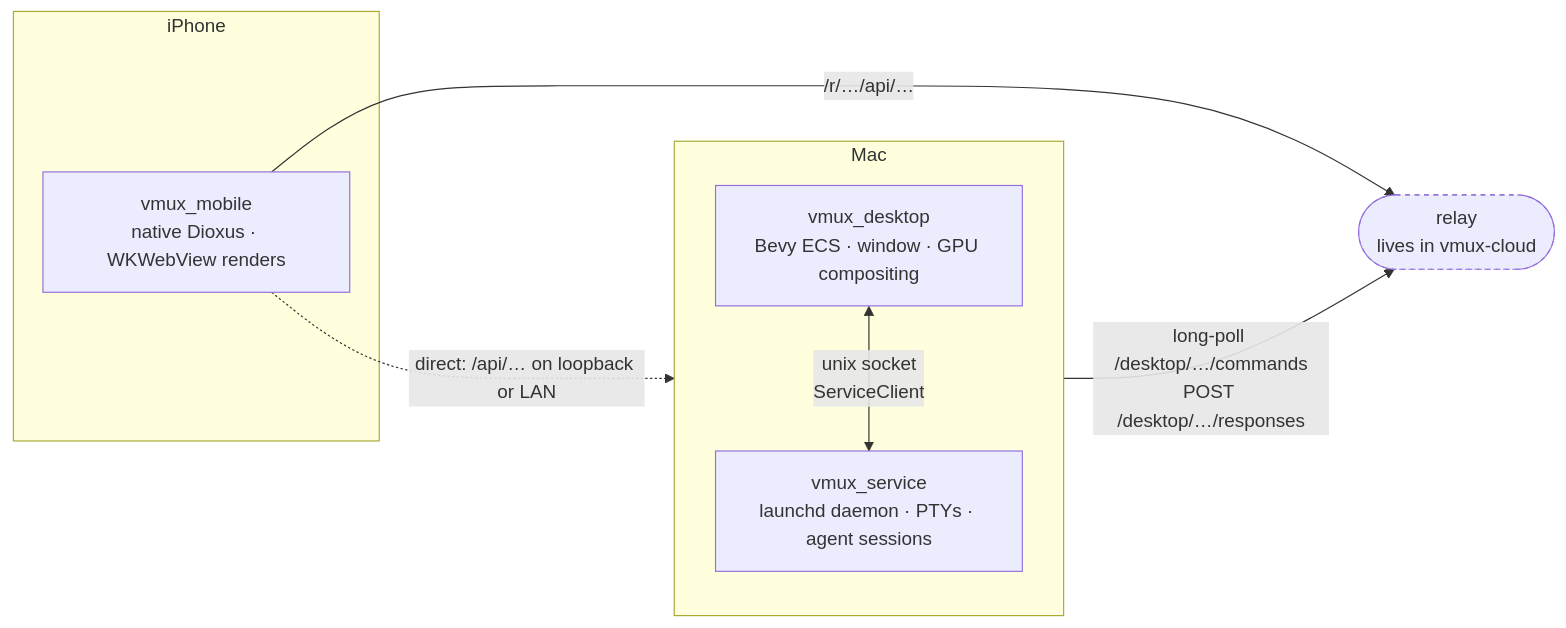
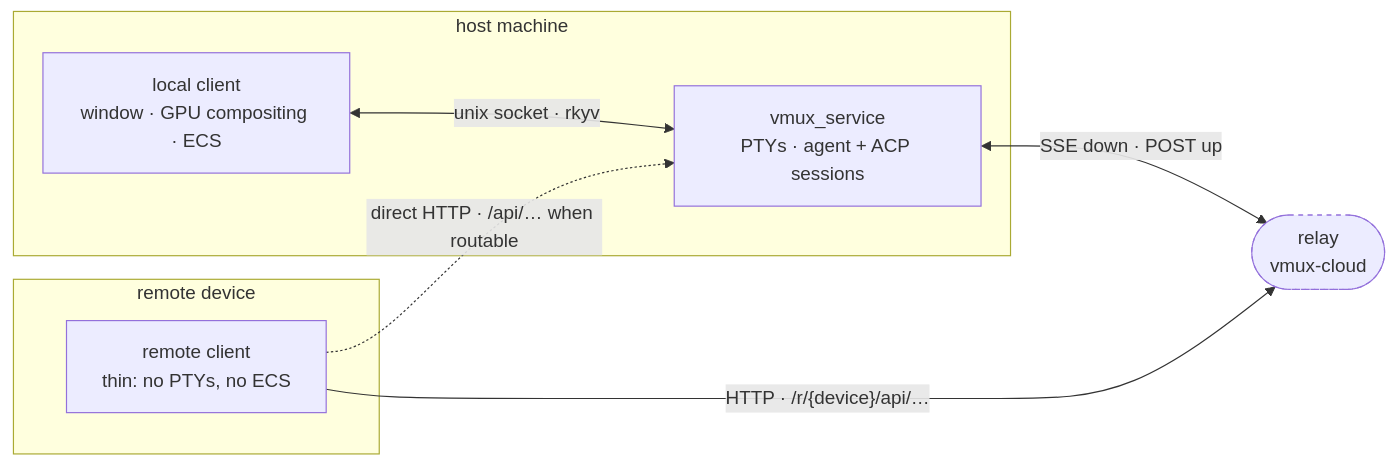
One commit to vmux-ai/vmux changed the first of 2 diagrams in docs/architecture/topology.md. Above: the diagram before and after it, drawn with Mermaid. The commit also changed other lines of this file and 2 other files, not shown here.

First line of the commit message:
docs: describe vmux as one service with many clients

````diff
--- a/docs/architecture/topology.md
+++ b/docs/architecture/topology.md
@@ -10,21 +20,20 @@
 ```mermaid
 flowchart LR
-    subgraph mac["Mac"]
-        direction TB
-        desktop["vmux_desktop<br/>Bevy ECS · window · GPU compositing"]
-        daemon["vmux_service<br/>launchd daemon · PTYs · agent sessions"]
-        desktop <-->|"unix socket<br/>ServiceClient"| daemon
+    subgraph host["host machine"]
+        service["vmux_service<br/>PTYs · agent + ACP sessions"]
+        local["local client<br/>window · GPU compositing · ECS"]
+        local <-->|"unix socket · rkyv"| service
     end
 
-    subgraph phone["iPhone"]
-        mobile["vmux_mobile<br/>native Dioxus · WKWebView renders"]
+    subgraph device["remote device"]
+        remote["remote client<br/>thin: no PTYs, no ECS"]
     end
 
-    relay(["relay<br/>lives in vmux-cloud"])
+    relay(["relay<br/>vmux-cloud"])
 
-    daemon -->|"long-poll /desktop/…/commands<br/>POST /desktop/…/responses"| relay
-    mobile -->|"/r/…/api/…"| relay
-    mobile -.->|"direct: /api/… on loopback or LAN"| daemon
+    service <-->|"SSE down · POST up"| relay
+    remote -->|"HTTP · /r/{device}/api/…"| relay
+    remote -.->|"direct HTTP · /api/… when routable"| service
 
     style relay stroke-dasharray: 4 4
 ```
````
